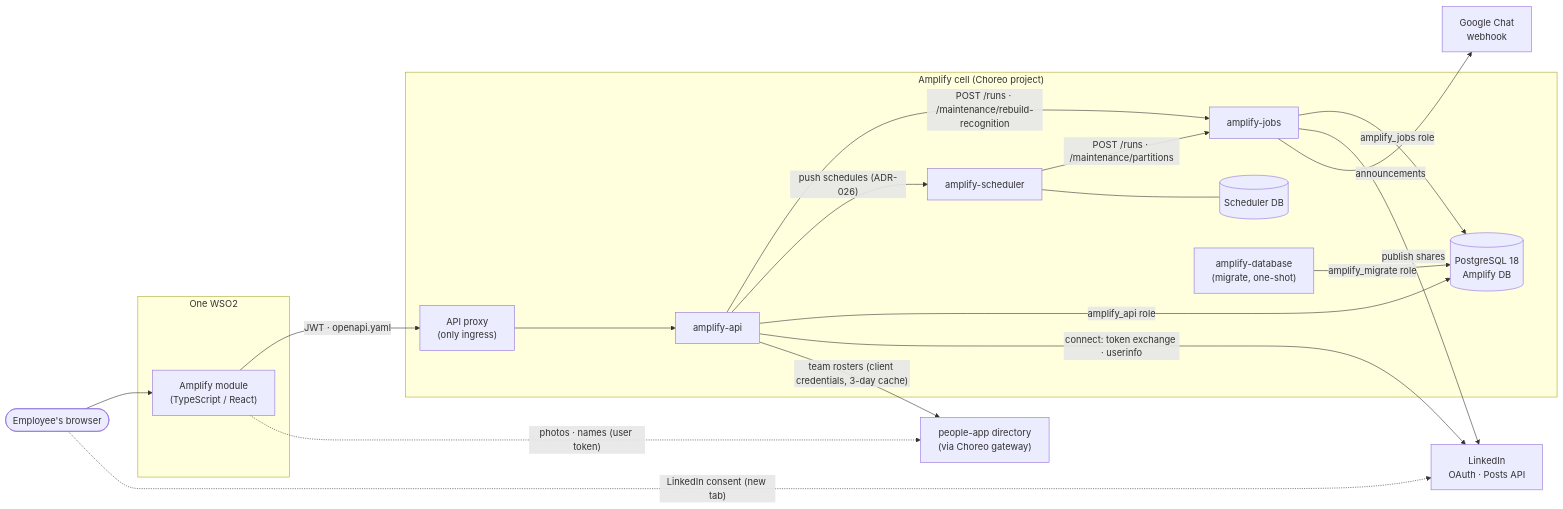
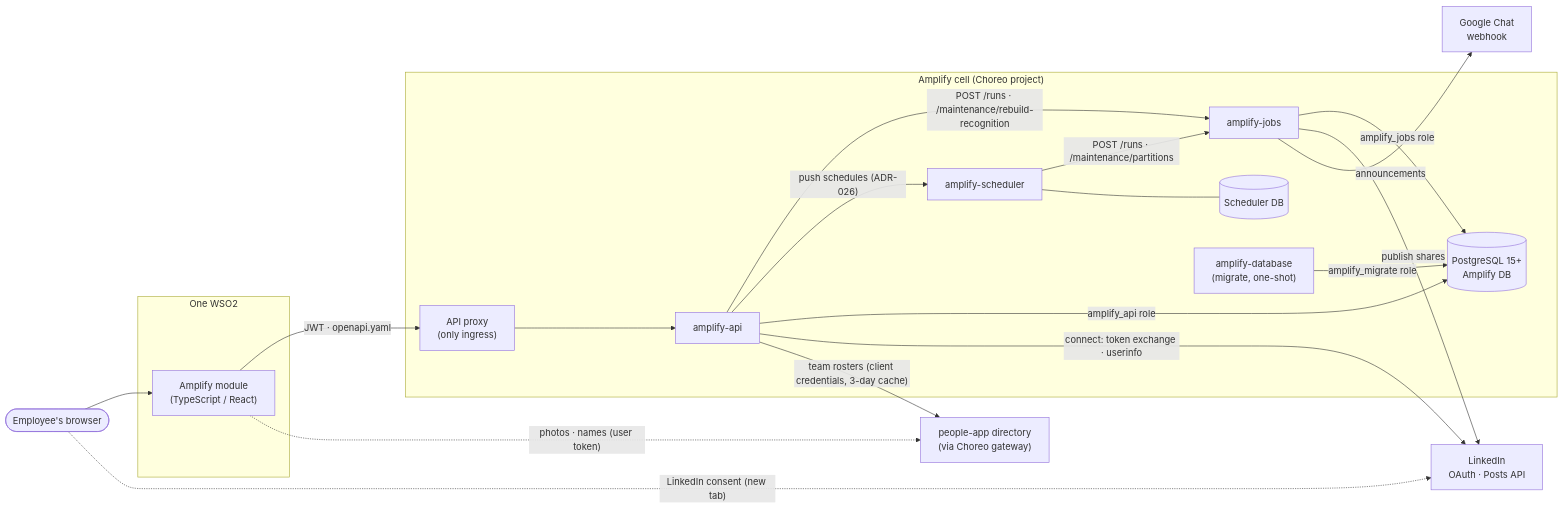
Before and after one commit to wso2-open-operations/marketing-tools: the third of 3 diagrams in apps/amplify/architecture/solution/Phase 1/phase1-code-modules.md, drawn with Mermaid. The commit also changed other lines of this file and 16 other files, not shown here.

First line of the commit message:
docs: PostgreSQL 15 or later (ADR-044); fix the DB connection notes for ADR-043

````diff
--- a/apps/amplify/architecture/solution/Phase 1/phase1-code-modules.md
+++ b/apps/amplify/architecture/solution/Phase 1/phase1-code-modules.md
@@ -114,35 +114,35 @@
 ```mermaid
 flowchart LR
     BROWSER(["Employee's browser"])
     subgraph OW["One WSO2"]
         UI["Amplify module<br/>(TypeScript / React)"]
     end
     subgraph CELL["Amplify cell (Choreo project)"]
         PROXY["API proxy<br/>(only ingress)"]
         API["amplify-api"]
         JOBS["amplify-jobs"]
         SCHED["amplify-scheduler"]
-        PG[("PostgreSQL 18<br/>Amplify DB")]
+        PG[("PostgreSQL 15+<br/>Amplify DB")]
         SDB[("Scheduler DB")]
         MIG["amplify-database<br/>(migrate, one-shot)"]
     end
     LI["LinkedIn<br/>OAuth · Posts API"]
     GC["Google Chat<br/>webhook"]
     ROSTER["people-app directory<br/>(via Choreo gateway)"]
 
     BROWSER --> UI
     UI -->|"JWT · openapi.yaml"| PROXY --> API
     API -->|"POST /runs · /maintenance/rebuild-recognition"| JOBS
     API -->|"push schedules (ADR-026)"| SCHED
     SCHED -->|"POST /runs · /maintenance/partitions"| JOBS
     SCHED --- SDB
     API -->|"amplify_api role"| PG
     JOBS -->|"amplify_jobs role"| PG
     MIG -->|"amplify_migrate role"| PG
     API -->|"connect: token exchange · userinfo"| LI
     JOBS -->|"publish shares"| LI
     JOBS -->|"announcements"| GC
     API -->|"team rosters (client credentials, 3-day cache)"| ROSTER
     UI -.->|"photos · names (user token)"| ROSTER
     BROWSER -.->|"LinkedIn consent (new tab)"| LI
 ```
````
